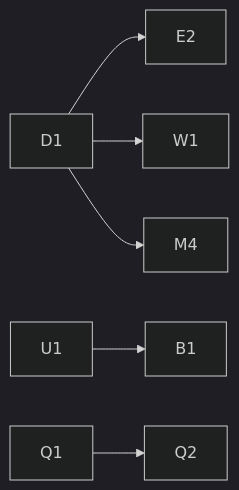
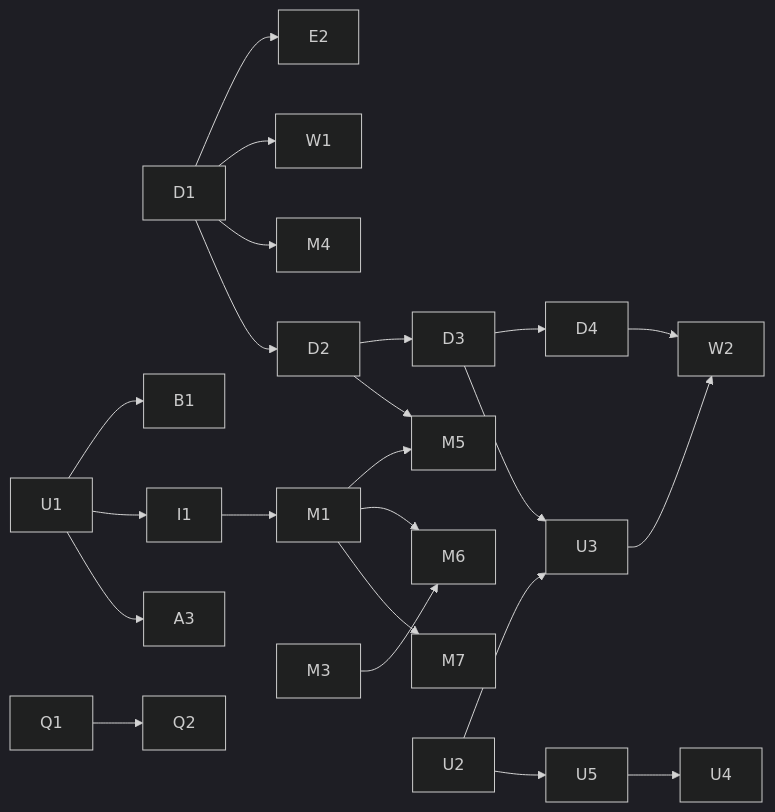
One commit to nakaba9696/trpg-game changed the diagram in docs/ROADMAP.md. Above: the diagram before and after it, drawn with Mermaid (dark theme). The commit also changed other lines of this file and 1 other file, not shown here.

First line of the commit message:
ドキュメントのまとめ：ROADMAP を main（M3 #54 まで）に合わせ、VISION に持ち主の方針と完成の定義を足す

````diff
--- a/docs/ROADMAP.md
+++ b/docs/ROADMAP.md
@@ -57,8 +83,19 @@
 ```mermaid
 graph LR
   D1 --> E2
   D1 --> W1
   D1 --> M4
+  D1 --> D2 --> D3 --> D4 --> W2
+  D2 --> M5
   U1 --> B1
+  U1 --> I1 --> M1
+  U1 --> A3
   Q1 --> Q2
+  M1 --> M5
+  M1 --> M6
+  M1 --> M7
+  M3 --> M6
+  U2 --> U3
+  U2 --> U5 --> U4
+  D3 --> U3 --> W2
 ```
````
